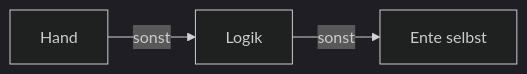
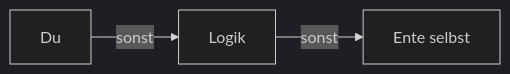
Before and after one commit to ChristianHohlfeld/kernengine.de: the second of 2 diagrams in kern/docs/buch-gruen/13-micro-duck.md, drawn with Mermaid (dark theme). The commit also changed other lines of this file and 9 other files, not shown here.

````diff
--- a/kern/docs/buch-gruen/13-micro-duck.md
+++ b/kern/docs/buch-gruen/13-micro-duck.md
@@ -391,5 +403,6 @@
 ```mermaid
+%% Bildunterschrift: Wer die Ente steuert: du vor der Logik vor der Ente selbst
 flowchart LR
-  A[Hand] -->|sonst| B[Logik]
+  A[Du] -->|sonst| B[Logik]
   B -->|sonst| C[Ente selbst]
 ```
````
